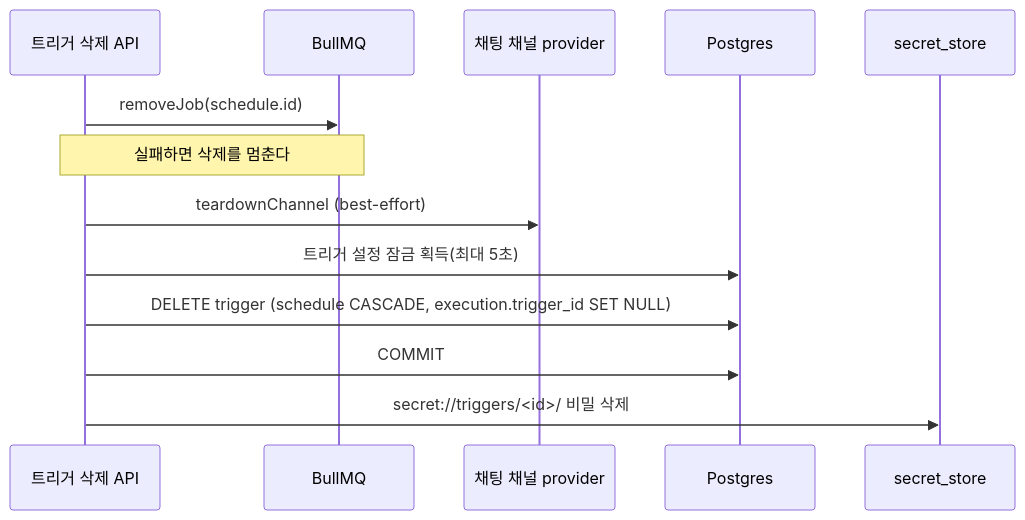
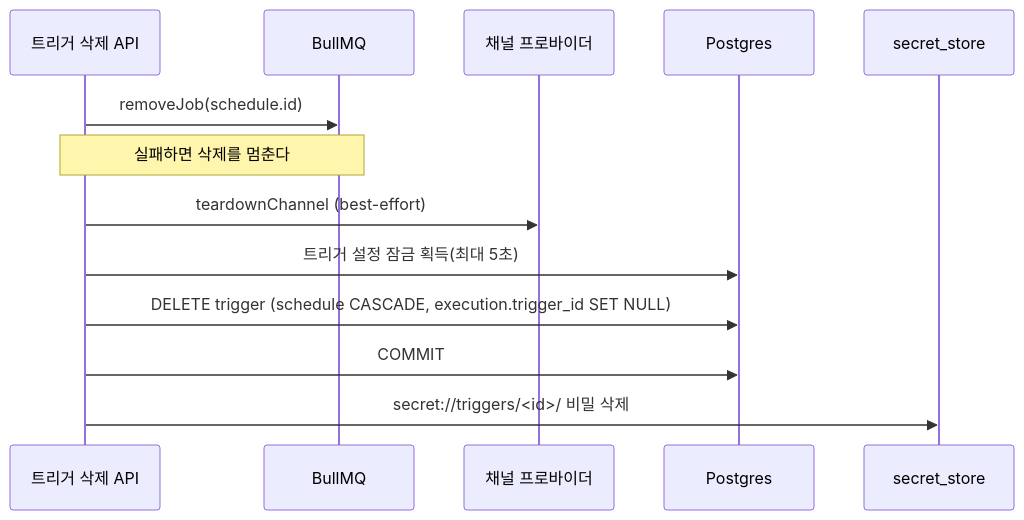
Before and after one commit to worker-ants/clemvion: the fifth of 6 diagrams in spec/CLE-TRIG/CLE-TRIG-DATA.md, drawn with Mermaid. The commit also changed other lines of this file and 56 other files, not shown here.

````diff
--- a/spec/CLE-TRIG/CLE-TRIG-DATA.md
+++ b/spec/CLE-TRIG/CLE-TRIG-DATA.md
@@ -332,15 +340,15 @@
 ```mermaid
 sequenceDiagram
     participant API as 트리거 삭제 API
     participant Q as BullMQ
-    participant P as 채팅 채널 provider
+    participant P as 채널 프로바이더
     participant PG as Postgres
     participant S as secret_store
     API->>Q: removeJob(schedule.id)
     Note over API,Q: 실패하면 삭제를 멈춘다
     API->>P: teardownChannel (best-effort)
     API->>PG: 트리거 설정 잠금 획득(최대 5초)
     API->>PG: DELETE trigger (schedule CASCADE, execution.trigger_id SET NULL)
     API->>PG: COMMIT
     API->>S: secret://triggers/<id>/ 비밀 삭제
 ```
````
